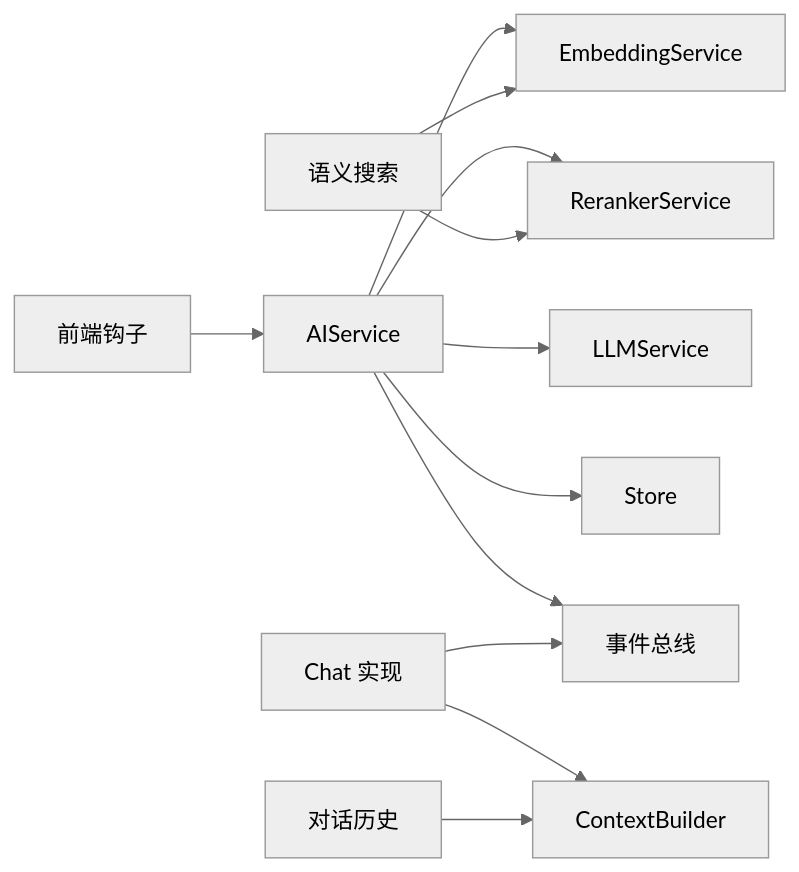
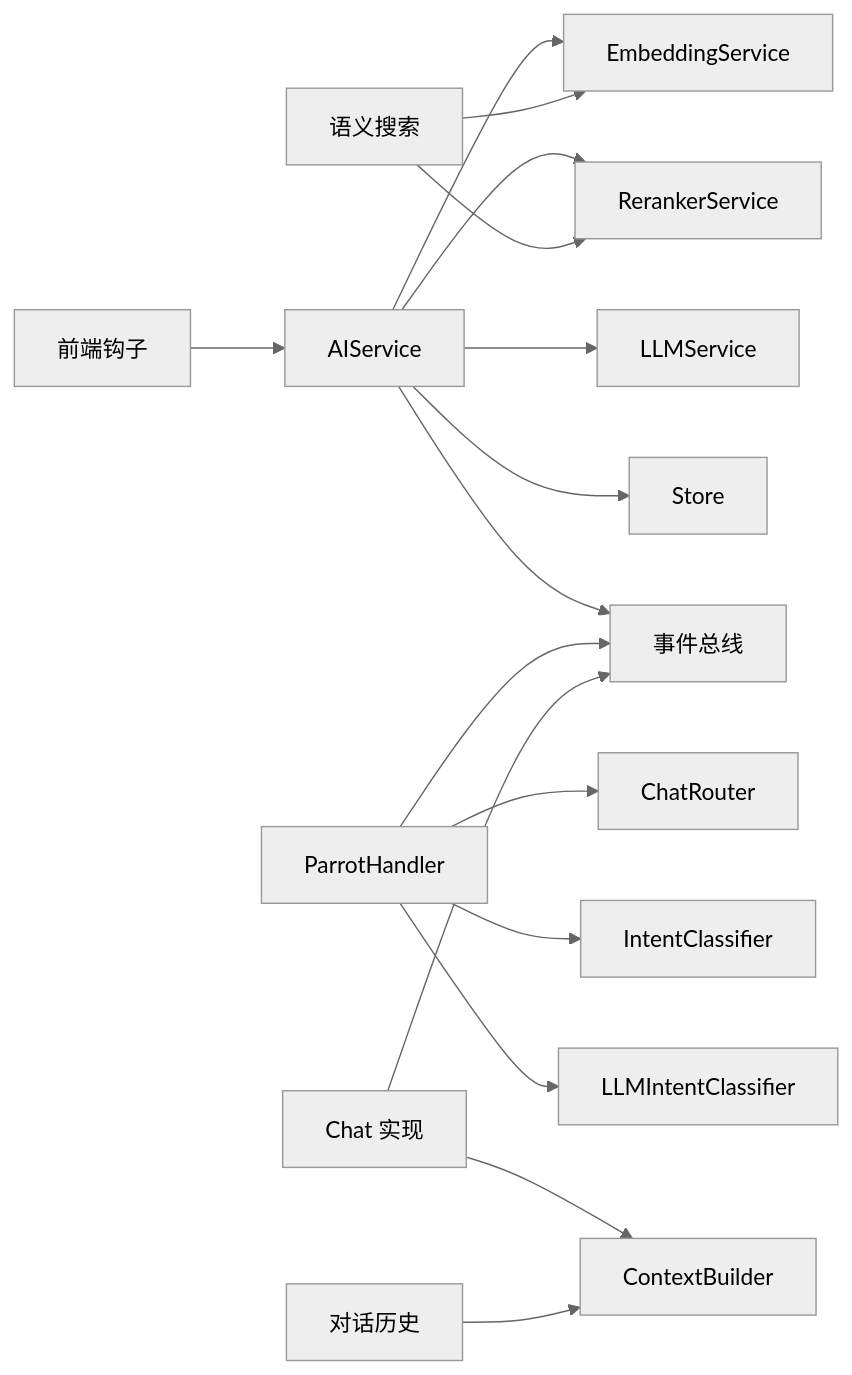
One commit to hrygo/memos changed the ninth of 9 diagrams in .qoder/repowiki/zh/content/API 接口文档/服务接口规范/AI 服务 API/AI 服务 API.md. Above: the diagram before and after it, drawn with Mermaid (neutral theme). The commit also changed other lines of this file and 29 other files, not shown here.

````diff
--- a/.qoder/repowiki/zh/content/API 接口文档/服务接口规范/AI 服务 API/AI 服务 API.md
+++ b/.qoder/repowiki/zh/content/API 接口文档/服务接口规范/AI 服务 API/AI 服务 API.md
@@ -267,14 +405,18 @@
 ```mermaid
 graph LR
 AIS["AIService"] --> EMB["EmbeddingService"]
 AIS --> RER["RerankerService"]
 AIS --> LLM["LLMService"]
 AIS --> ST["Store"]
 AIS --> EVT["事件总线"]
+PH["ParrotHandler"] --> CR["ChatRouter"]
+PH --> IC["IntentClassifier"]
+PH --> LIC["LLMIntentClassifier"]
+PH --> EVT
 CHAT["Chat 实现"] --> CTX["ContextBuilder"]
 CHAT --> EVT
 SEM["语义搜索"] --> EMB
 SEM --> RER
 CONV["对话历史"] --> CTX
 FE["前端钩子"] --> AIS
 ```
````
